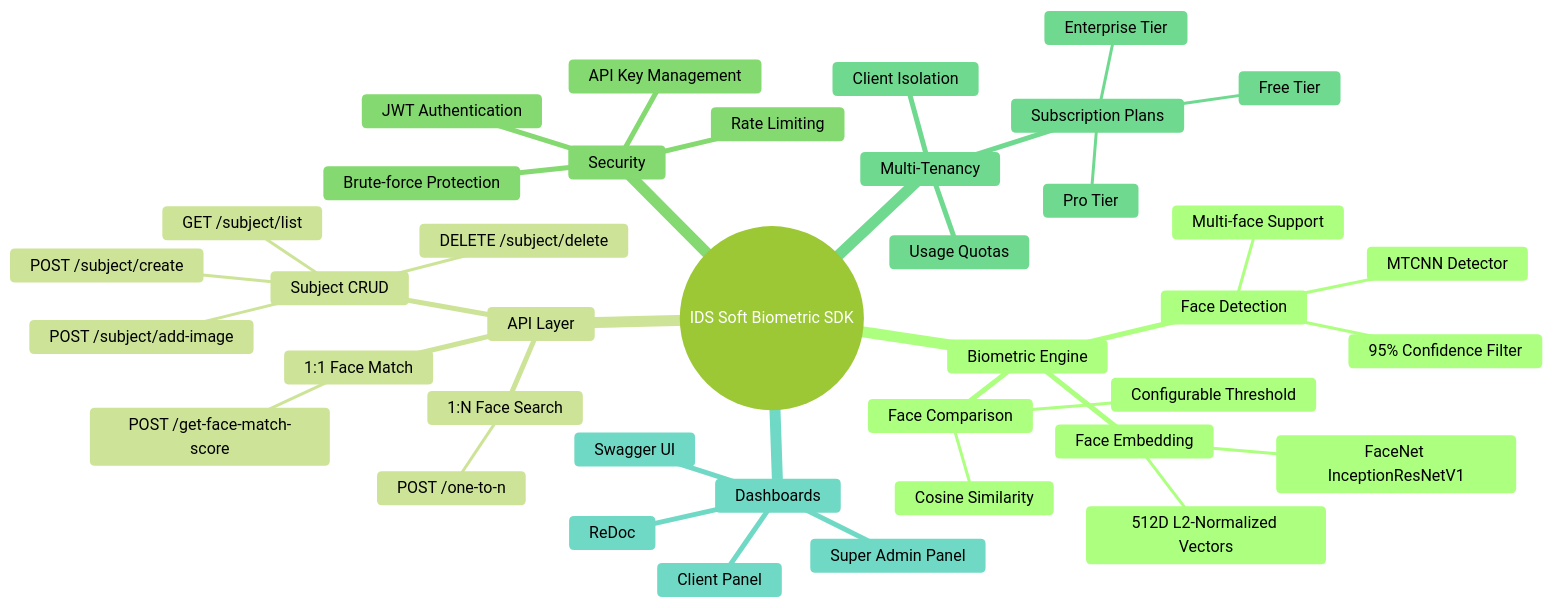
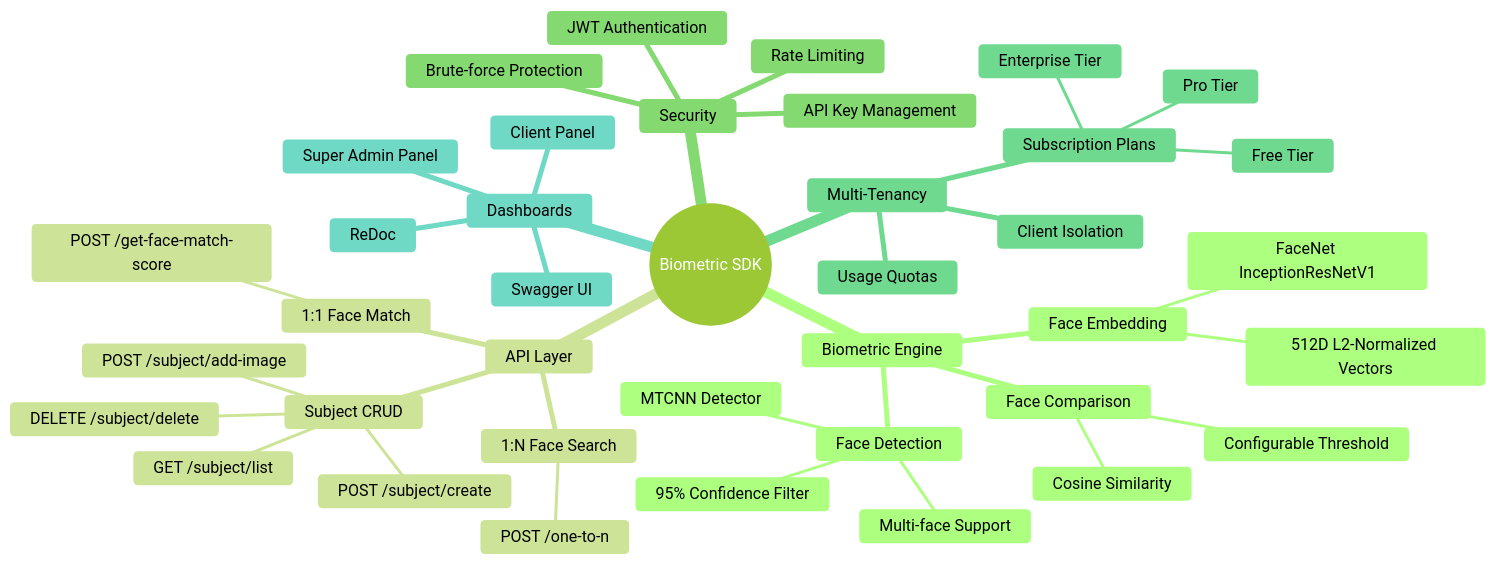
The second of 2 diagrams in README.md (Mohammad007/face-biometric-sdk), drawn with Mermaid (forest theme) before and after one commit. The commit also changed other lines of this file, not shown here.

Commit message:
docs: update README to remove "IDS Soft" branding and change project attribution to "Mohammad007".

````diff
--- a/README.md
+++ b/README.md
@@ -283,42 +283,42 @@
 ```mermaid
 mindmap
-  root((IDS Soft Biometric SDK))
+  root((Biometric SDK))
     Biometric Engine
       Face Detection
         MTCNN Detector
         Multi-face Support
         95% Confidence Filter
       Face Embedding
         FaceNet InceptionResNetV1
         512D L2-Normalized Vectors
       Face Comparison
         Cosine Similarity
         Configurable Threshold
     API Layer
       1:1 Face Match
         POST /get-face-match-score
       1:N Face Search
         POST /one-to-n
       Subject CRUD
         POST /subject/create
         POST /subject/add-image
         GET /subject/list
         DELETE /subject/delete
     Security
       JWT Authentication
       API Key Management
       Rate Limiting
       Brute-force Protection
     Multi-Tenancy
       Client Isolation
       Subscription Plans
         Free Tier
         Pro Tier
         Enterprise Tier
       Usage Quotas
     Dashboards
       Super Admin Panel
       Client Panel
       Swagger UI
       ReDoc
 ```
````
